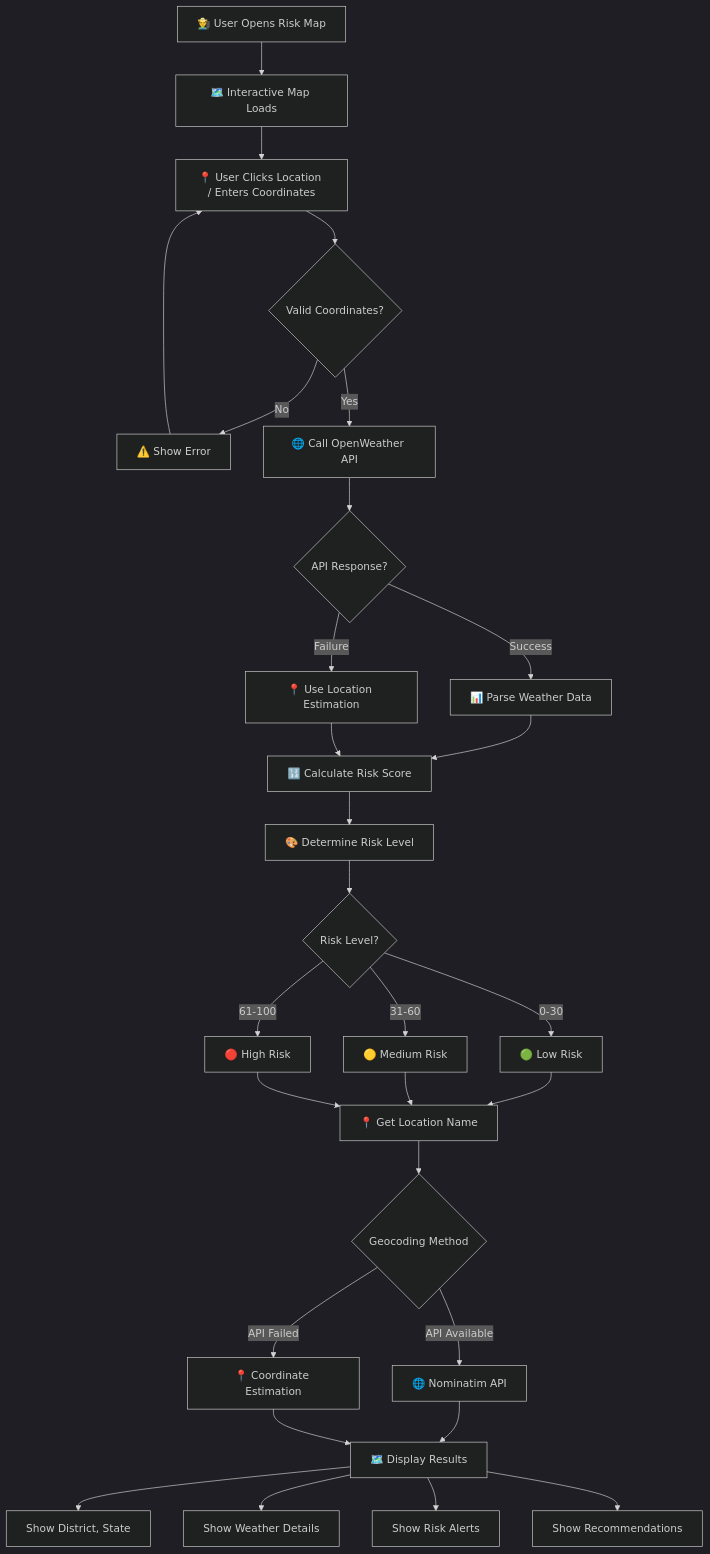
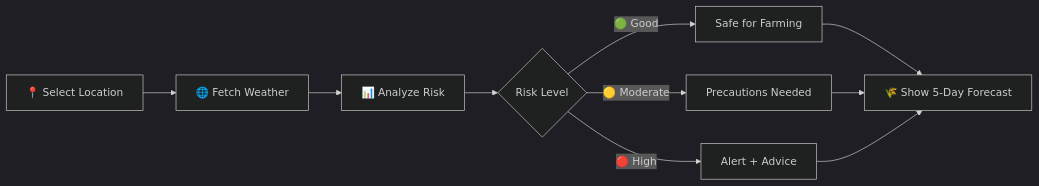
Before and after one commit to dharanishvijayakumar7-lgtm/cropPilot: the second of 3 diagrams in README.md, drawn with Mermaid (dark theme). The commit also changed other lines of this file and 3 other files, not shown here.

````diff
--- a/README.md
+++ b/README.md
@@ -388,41 +73,12 @@
 ```mermaid
-flowchart TD
-    A[👨‍🌾 User Opens Risk Map] --> B[🗺️ Interactive Map Loads]
-    B --> C[📍 User Clicks Location / Enters Coordinates]
-    C --> D{Valid Coordinates?}
-    
-    D -->|No| E[⚠️ Show Error]
-    E --> C
-    
-    D -->|Yes| F[🌐 Call OpenWeather API]
-    
-    F --> G{API Response?}
-    G -->|Success| H[📊 Parse Weather Data]
-    G -->|Failure| I[📍 Use Location Estimation]
-    
-    H --> J[🔢 Calculate Risk Score]
-    I --> J
-    
-    J --> K[🎨 Determine Risk Level]
-    
-    K --> L{Risk Level?}
-    L -->|0-30| M[🟢 Low Risk]
-    L -->|31-60| N[🟡 Medium Risk]
-    L -->|61-100| O[🔴 High Risk]
-    
-    M --> P[📍 Get Location Name]
-    N --> P
-    O --> P
-    
-    P --> Q{Geocoding Method}
-    Q -->|API Available| R[🌐 Nominatim API]
-    Q -->|API Failed| S[📍 Coordinate Estimation]
-    
-    R --> T[🗺️ Display Results]
-    S --> T
-    
-    T --> U[Show District, State]
-    T --> V[Show Weather Details]
-    T --> W[Show Risk Alerts]
-    T --> X[Show Recommendations]
+flowchart LR
+    A[📍 Select Location] --> B[🌐 Fetch Weather]
+    B --> C[📊 Analyze Risk]
+    C --> D{Risk Level}
+    D -->|🟢 Good| E[Safe for Farming]
+    D -->|🟡 Moderate| F[Precautions Needed]
+    D -->|🔴 High| G[Alert + Advice]
+    E --> H[🌾 Show 5-Day Forecast]
+    F --> H
+    G --> H
 ```
````
